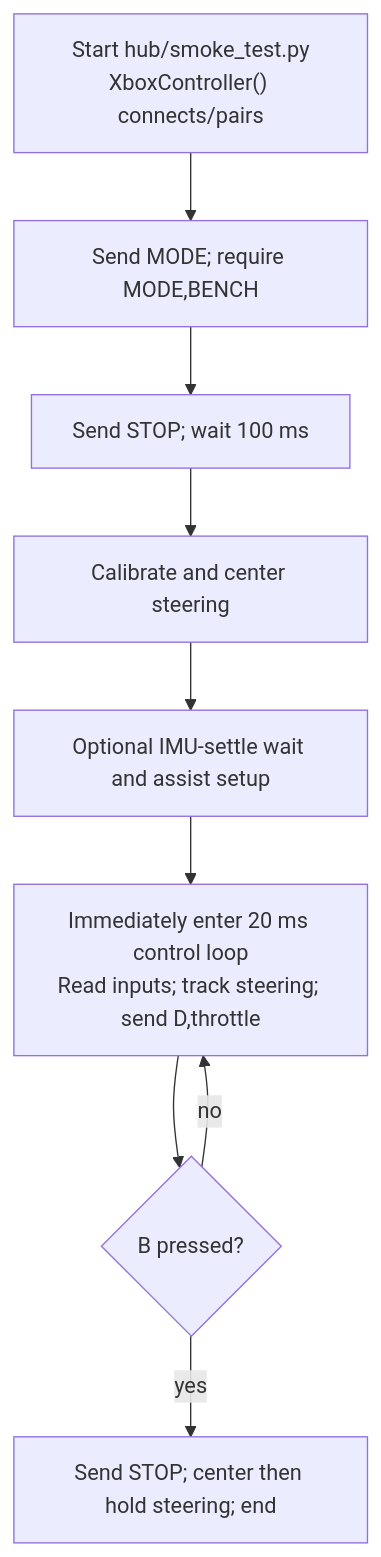
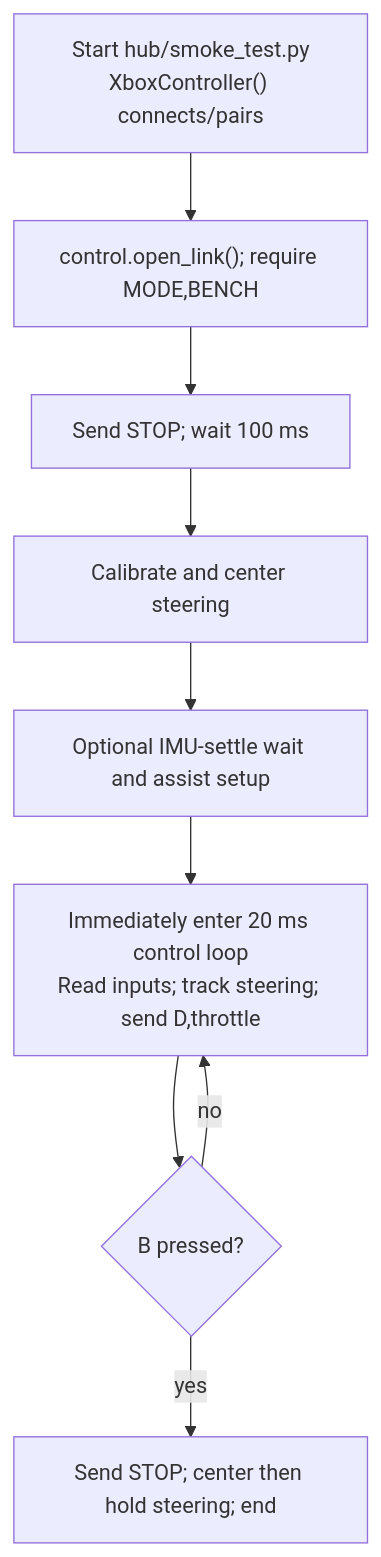
Before and after one commit to HaydenMarek/lego-technic-car: the third of 3 diagrams in CURRENT_START_PAIR_ARM_FLOW.md, drawn with Mermaid. The commit also changed other lines of this file and 16 other files, not shown here.

First line of the commit message:
Bring up Hub-to-Nano UART link and harden link startup

````diff
--- a/CURRENT_START_PAIR_ARM_FLOW.md
+++ b/CURRENT_START_PAIR_ARM_FLOW.md
@@ -106,11 +107,11 @@
 ```mermaid
 flowchart TD
-    start["Start hub/smoke_test.py<br/>XboxController() connects/pairs"] --> mode["Send MODE; require MODE,BENCH"]
+    start["Start hub/smoke_test.py<br/>XboxController() connects/pairs"] --> mode["control.open_link(); require MODE,BENCH"]
     mode --> stop["Send STOP; wait 100 ms"]
     stop --> calibrate["Calibrate and center steering"]
     calibrate --> imu["Optional IMU-settle wait and assist setup"]
     imu --> drive["Immediately enter 20 ms control loop<br/>Read inputs; track steering; send D,throttle"]
     drive --> b{"B pressed?"}
     b -- no --> drive
     b -- yes --> finish["Send STOP; center then hold steering; end"]
 ```
````
